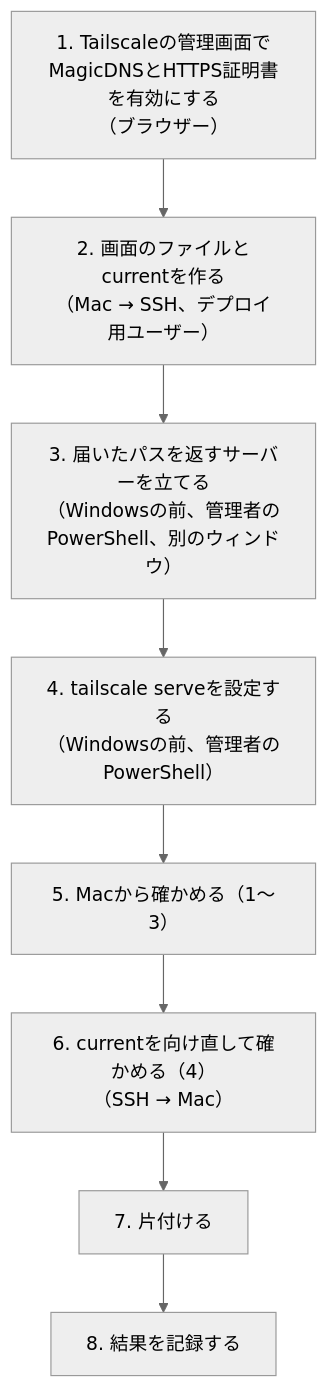
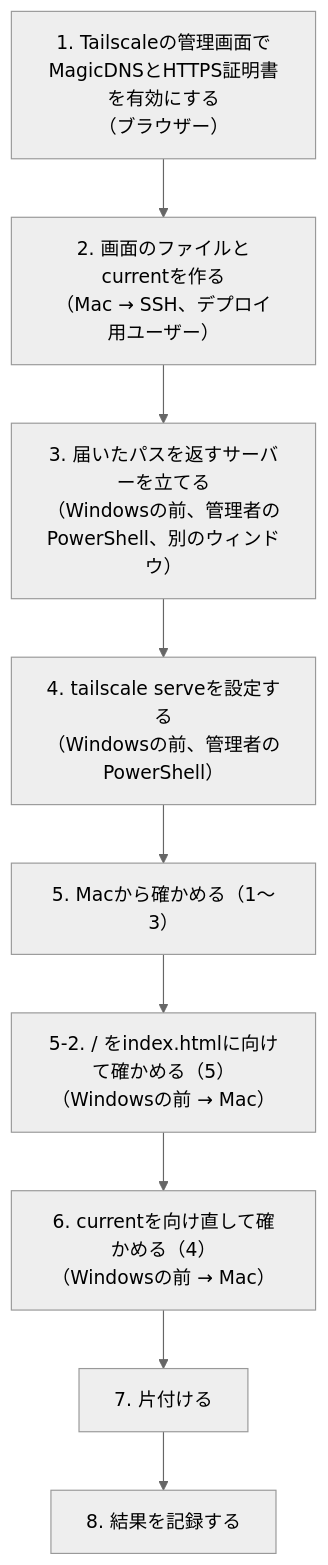
The diagram in docs/development/windows-tailscale-serve-checks.md (mgmaru/card-digger), drawn with Mermaid (neutral theme) before and after one commit. The commit also changed other lines of this file and 2 other files, not shown here.

Commit message:
docs: 入口の/をindex.htmlに向ける案をADR 0002のEとして足し、確かめる手順を5-2に書く

````diff
--- a/docs/development/windows-tailscale-serve-checks.md
+++ b/docs/development/windows-tailscale-serve-checks.md
@@ -71,10 +73,11 @@
 ```mermaid
 flowchart TD
     T["1. Tailscaleの管理画面で<br/>MagicDNSとHTTPS証明書を有効にする<br/>（ブラウザー）"] --> P["2. 画面のファイルとcurrentを作る<br/>（Mac → SSH、デプロイ用ユーザー）"]
     P --> E["3. 届いたパスを返すサーバーを立てる<br/>（Windowsの前、管理者のPowerShell、別のウィンドウ）"]
     E --> S["4. tailscale serveを設定する<br/>（Windowsの前、管理者のPowerShell）"]
     S --> C["5. Macから確かめる（1〜3）"]
-    C --> SW["6. currentを向け直して確かめる（4）<br/>（SSH → Mac）"]
+    C --> F["5-2. / をindex.htmlに向けて確かめる（5）<br/>（Windowsの前 → Mac）"]
+    F --> SW["6. currentを向け直して確かめる（4）<br/>（Windowsの前 → Mac）"]
     SW --> K["7. 片付ける"]
     K --> W["8. 結果を記録する"]
 ```
````
